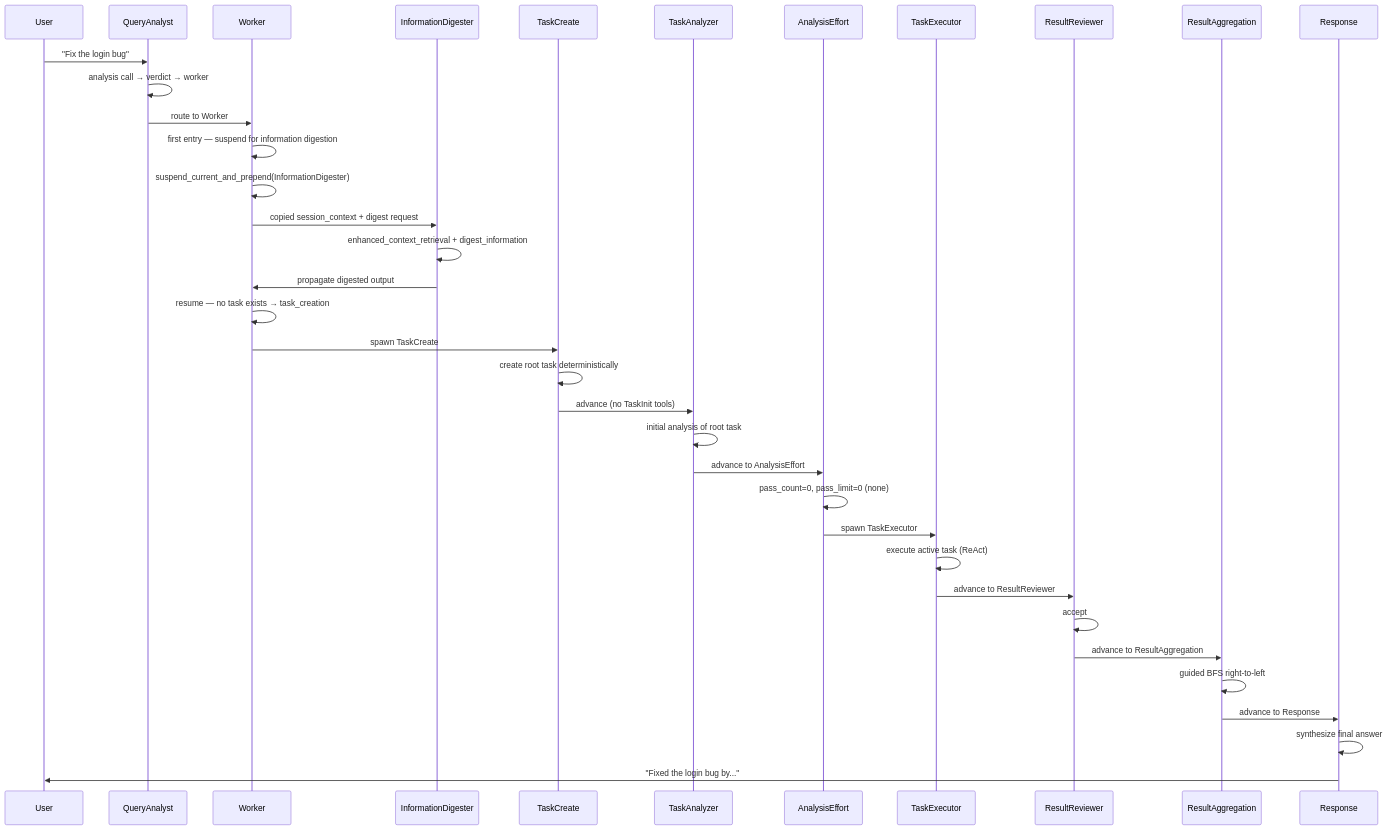
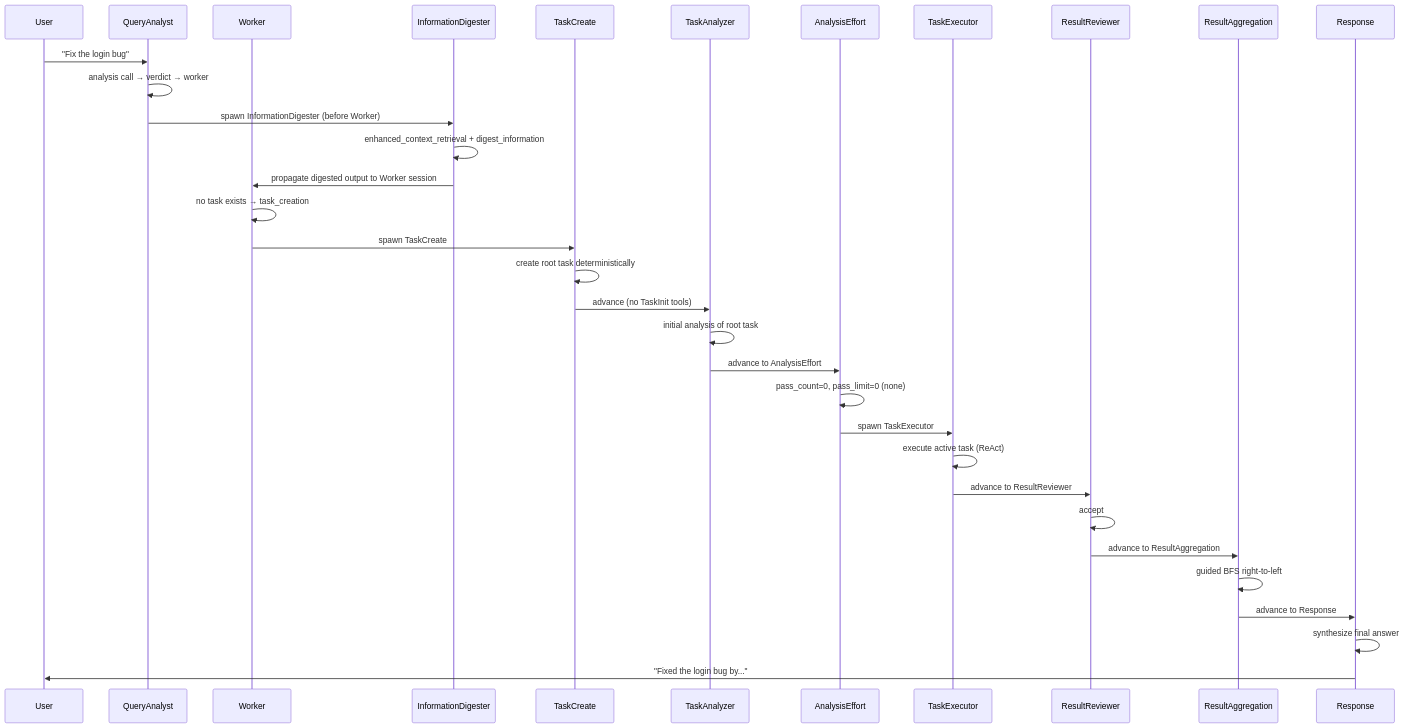
One commit to VJyzCELERY/TINYCUA changed the first of 17 diagrams in src/tinycua/docs/design/loops/expected_scenarios.md. Above: the diagram before and after it, drawn with Mermaid. The commit also changed other lines of this file and 2 other files, not shown here.

First line of the commit message:
fix(design): simplify — QA spawns InformationDigester before Worker

````diff
--- a/src/tinycua/docs/design/loops/expected_scenarios.md
+++ b/src/tinycua/docs/design/loops/expected_scenarios.md
@@ -20,39 +20,36 @@
 ```mermaid
 sequenceDiagram
     participant User
     participant QA as QueryAnalyst
     participant W as Worker
     participant ID as InformationDigester
     participant TC as TaskCreate
     participant TA as TaskAnalyzer
     participant AE as AnalysisEffort
     participant TE as TaskExecutor
     participant RR as ResultReviewer
     participant RAgg as ResultAggregation
     participant R as Response
 
     User->>QA: "Fix the login bug"
     QA->>QA: analysis call → verdict → worker
-    QA->>W: route to Worker
-    W->>W: first entry — suspend for information digestion
-    W->>W: suspend_current_and_prepend(InformationDigester)
-    W->>ID: copied session_context + digest request
+    QA->>ID: spawn InformationDigester (before Worker)
     ID->>ID: enhanced_context_retrieval + digest_information
-    ID->>W: propagate digested output
-    W->>W: resume — no task exists → task_creation
+    ID->>W: propagate digested output to Worker session
+    W->>W: no task exists → task_creation
     W->>TC: spawn TaskCreate
     TC->>TC: create root task deterministically
     TC->>TA: advance (no TaskInit tools)
     TA->>TA: initial analysis of root task
     TA->>AE: advance to AnalysisEffort
     AE->>AE: pass_count=0, pass_limit=0 (none)
     AE->>TE: spawn TaskExecutor
     TE->>TE: execute active task (ReAct)
     TE->>RR: advance to ResultReviewer
     RR->>RR: accept
     RR->>RAgg: advance to ResultAggregation
     RAgg->>RAgg: guided BFS right-to-left
     RAgg->>R: advance to Response
     R->>R: synthesize final answer
     R->>User: "Fixed the login bug by..."
 ```
````
